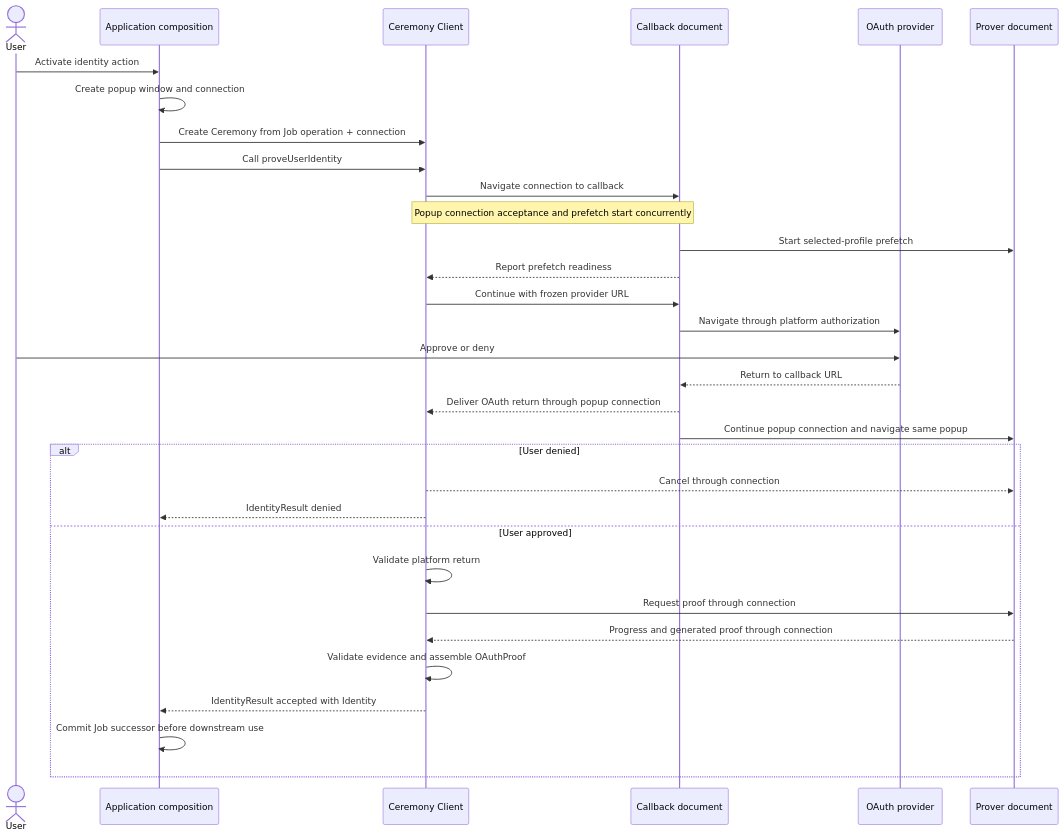
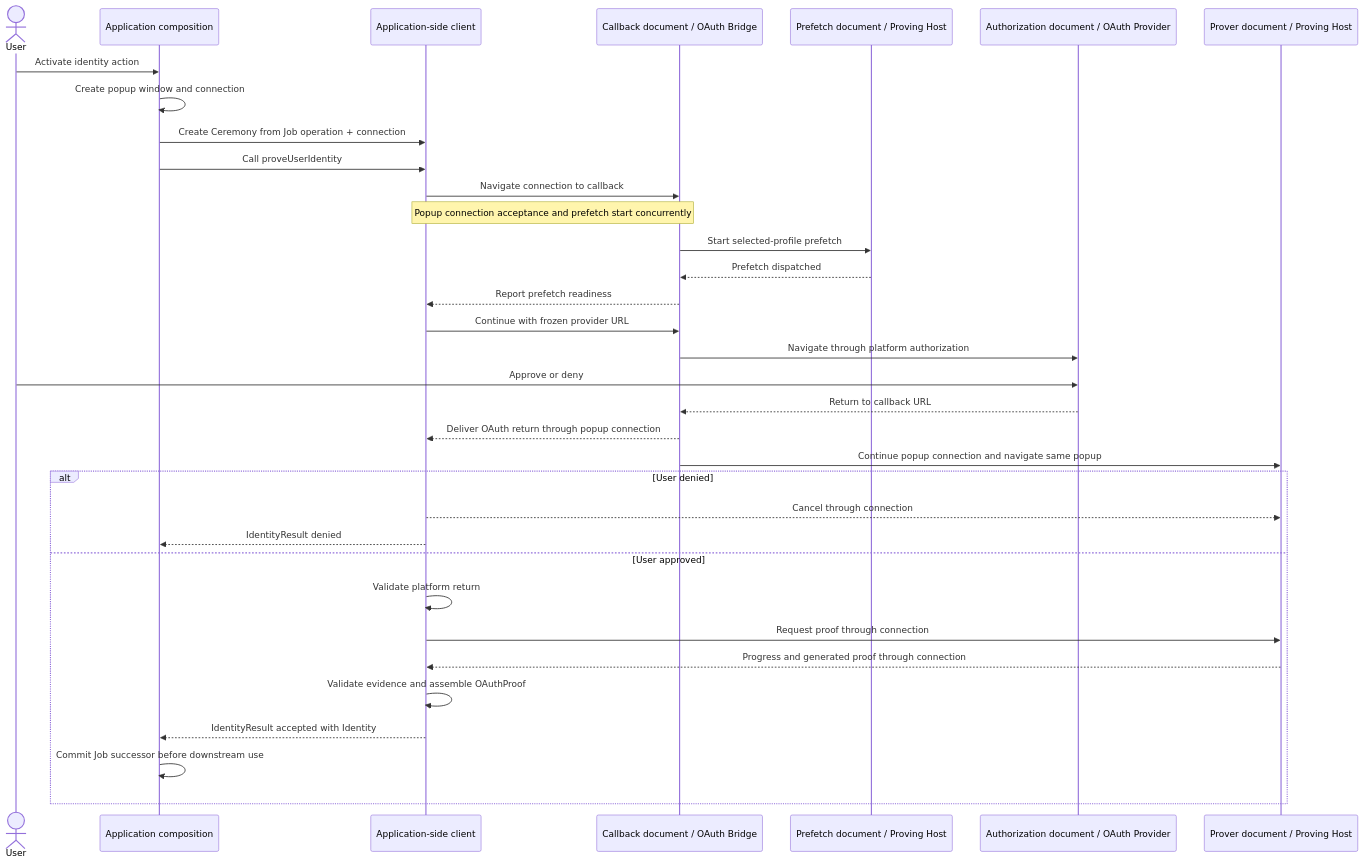
The diagram in ts/packages/ceremony/ARCHITECTURE.md (libid-org/libid), drawn with Mermaid before and after one commit. The commit also changed other lines of this file and 7 other files, not shown here.

````diff
--- a/ts/packages/ceremony/ARCHITECTURE.md
+++ b/ts/packages/ceremony/ARCHITECTURE.md
@@ -44,35 +68,37 @@
 ```mermaid
 sequenceDiagram
     actor U as User
     participant A as Application composition
-    participant C as Ceremony Client
-    participant P as Callback document
-    participant O as OAuth provider
-    participant R as Prover document
+    participant C as Application-side client
+    participant P as Callback document / OAuth Bridge
+    participant F as Prefetch document / Proving Host
+    participant O as Authorization document / OAuth Provider
+    participant R as Prover document / Proving Host
 
     U->>A: Activate identity action
     A->>A: Create popup window and connection
     A->>C: Create Ceremony from Job operation + connection
     A->>C: Call proveUserIdentity
     C->>P: Navigate connection to callback
     Note over C,P: Popup connection acceptance and prefetch start concurrently
-    P->>R: Start selected-profile prefetch
+    P->>F: Start selected-profile prefetch
+    F-->>P: Prefetch dispatched
     P-->>C: Report prefetch readiness
     C->>P: Continue with frozen provider URL
     P->>O: Navigate through platform authorization
     U->>O: Approve or deny
     O-->>P: Return to callback URL
     P-->>C: Deliver OAuth return through popup connection
     P->>R: Continue popup connection and navigate same popup
     alt User denied
         C-->>R: Cancel through connection
         C-->>A: IdentityResult denied
     else User approved
         C->>C: Validate platform return
         C->>R: Request proof through connection
         R-->>C: Progress and generated proof through connection
         C->>C: Validate evidence and assemble OAuthProof
         C-->>A: IdentityResult accepted with Identity
         A->>A: Commit Job successor before downstream use
     end
 ```
````
